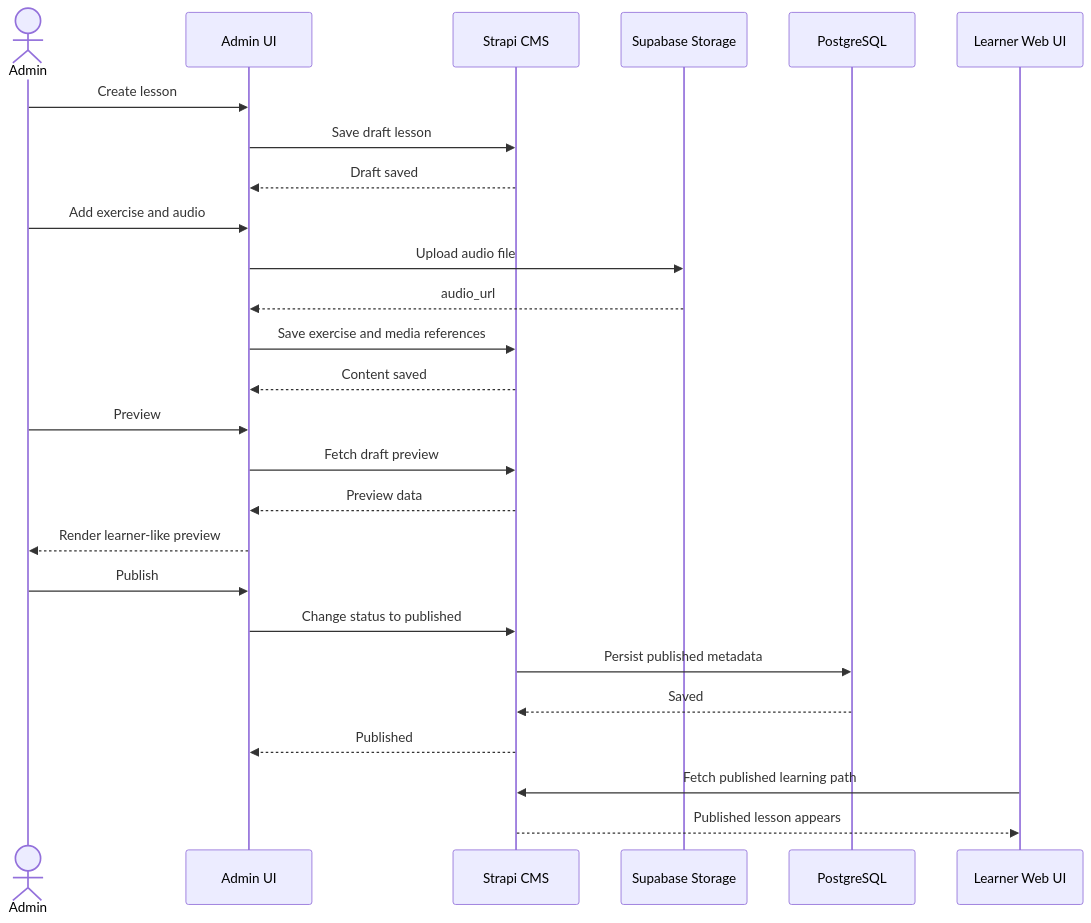
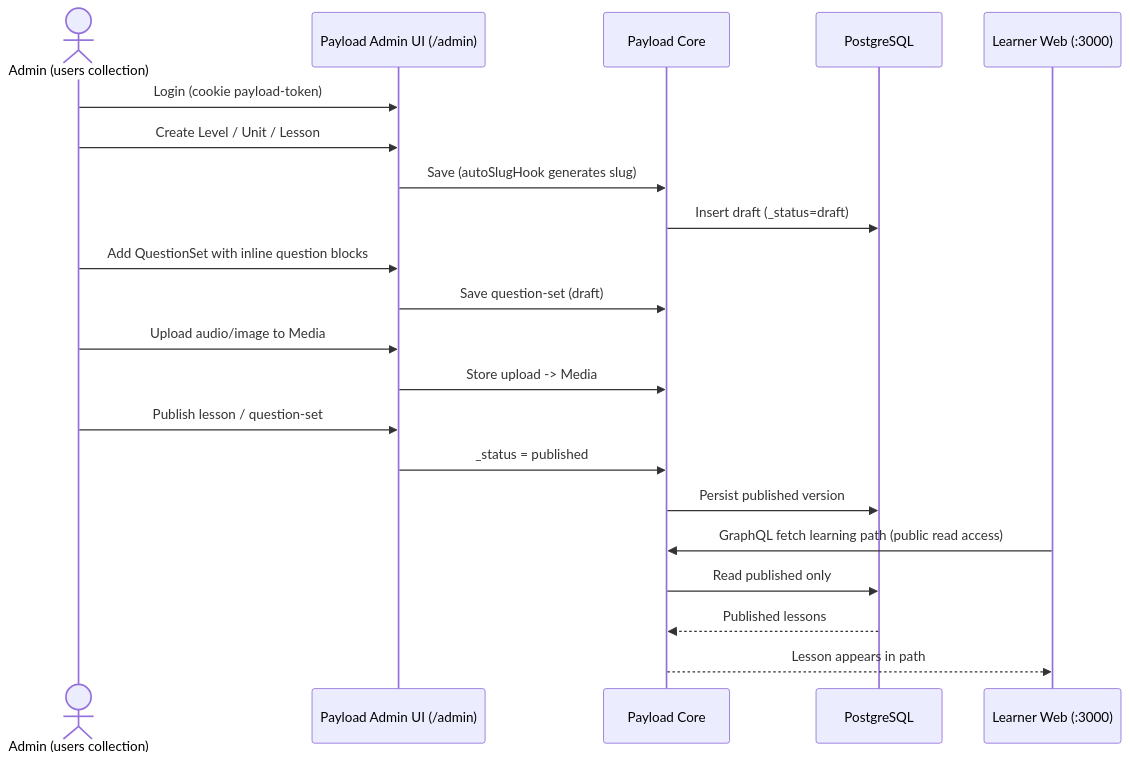
Before and after one commit to Namtk214/Software-engineering-proj-document: the third of 3 diagrams in diagrams.md, drawn with Mermaid. The commit also changed other lines of this file and 2 other files, not shown here.

````diff
--- a/diagrams.md
+++ b/diagrams.md
@@ -200,33 +318,27 @@
 ```mermaid
 sequenceDiagram
-  actor Admin
-  participant AdminUI as Admin UI
-  participant CMS as Strapi CMS
-  participant Storage as Supabase Storage
+  actor Admin as Admin (users collection)
+  participant Panel as Payload Admin UI (/admin)
+  participant Payload as Payload Core
   participant DB as PostgreSQL
-  participant LearnerUI as Learner Web UI
+  participant Learner as Learner Web (:3000)
 
-  Admin->>AdminUI: Create lesson
-  AdminUI->>CMS: Save draft lesson
-  CMS-->>AdminUI: Draft saved
+  Admin->>Panel: Login (cookie payload-token)
+  Admin->>Panel: Create Level / Unit / Lesson
+  Panel->>Payload: Save (autoSlugHook generates slug)
+  Payload->>DB: Insert draft (_status=draft)
 
-  Admin->>AdminUI: Add exercise and audio
-  AdminUI->>Storage: Upload audio file
-  Storage-->>AdminUI: audio_url
-  AdminUI->>CMS: Save exercise and media references
-  CMS-->>AdminUI: Content saved
+  Admin->>Panel: Add QuestionSet with inline question blocks
+  Panel->>Payload: Save question-set (draft)
+  Admin->>Panel: Upload audio/image to Media
+  Panel->>Payload: Store upload -> Media
 
-  Admin->>AdminUI: Preview
-  AdminUI->>CMS: Fetch draft preview
-  CMS-->>AdminUI: Preview data
-  AdminUI-->>Admin: Render learner-like preview
+  Admin->>Panel: Publish lesson / question-set
+  Panel->>Payload: _status = published
+  Payload->>DB: Persist published version
 
-  Admin->>AdminUI: Publish
-  AdminUI->>CMS: Change status to published
-  CMS->>DB: Persist published metadata
-  DB-->>CMS: Saved
-  CMS-->>AdminUI: Published
-
-  LearnerUI->>CMS: Fetch published learning path
-  CMS-->>LearnerUI: Published lesson appears
+  Learner->>Payload: GraphQL fetch learning path (public read access)
+  Payload->>DB: Read published only
+  DB-->>Payload: Published lessons
+  Payload-->>Learner: Lesson appears in path
 ```
````
